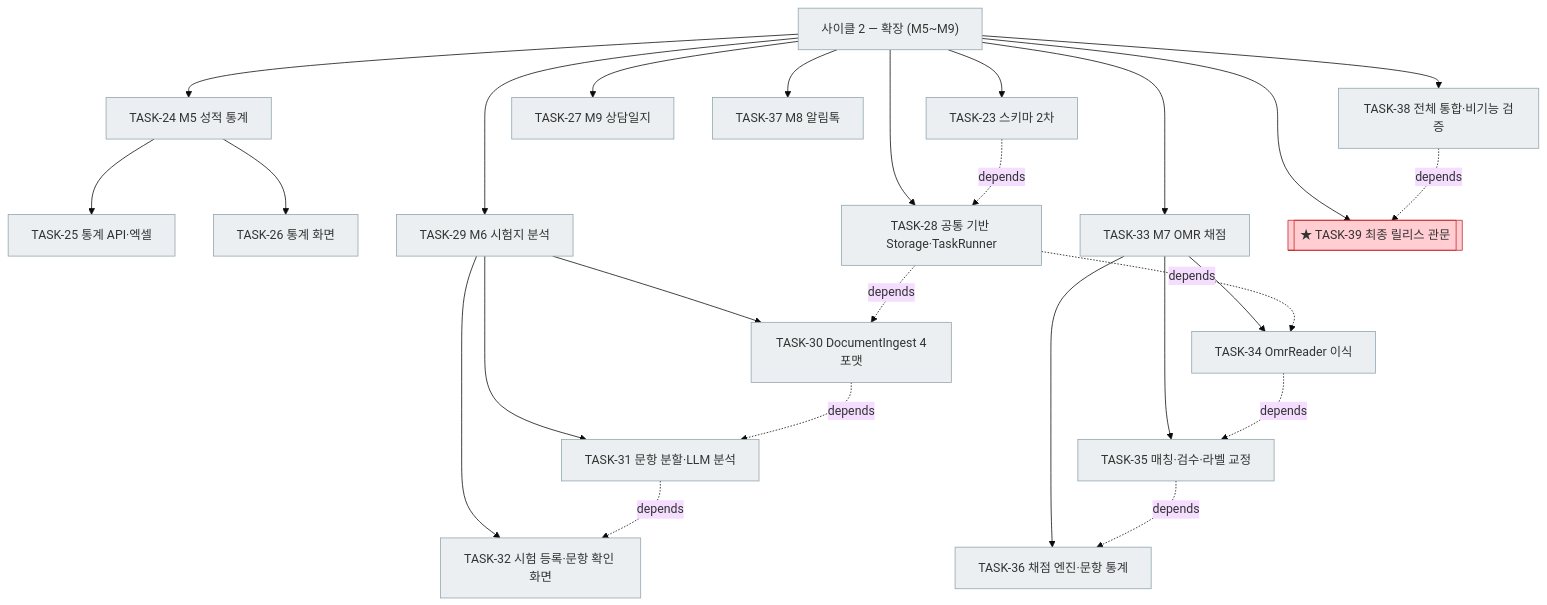
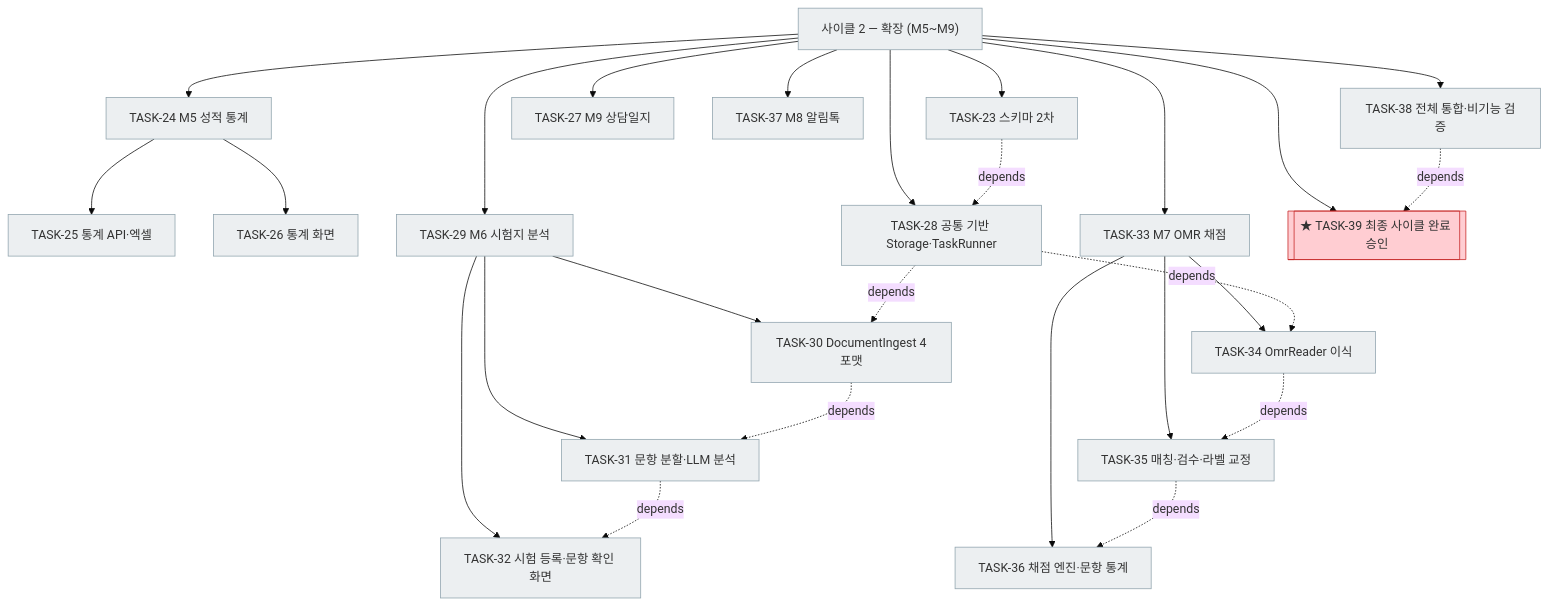
The second of 2 diagrams in docs/plan.md (bluesky5008/mathdesk), drawn with Mermaid (base theme) before and after one commit. The commit also changed other lines of this file and 18 other files, not shown here.

````diff
--- a/docs/plan.md
+++ b/docs/plan.md
@@ -140,33 +142,33 @@
 ```mermaid
 flowchart TD
     C2["사이클 2 — 확장 (M5~M9)"]:::todo
     C2 --> T23["TASK-23 스키마 2차"]:::todo
     C2 --> T24["TASK-24 M5 성적 통계"]:::todo
     T24 --> T25["TASK-25 통계 API·엑셀"]:::todo
     T24 --> T26["TASK-26 통계 화면"]:::todo
     C2 --> T27["TASK-27 M9 상담일지"]:::todo
     C2 --> T28["TASK-28 공통 기반 Storage·TaskRunner"]:::todo
     C2 --> T29["TASK-29 M6 시험지 분석"]:::todo
     T29 --> T30["TASK-30 DocumentIngest 4포맷"]:::todo
     T29 --> T31["TASK-31 문항 분할·LLM 분석"]:::todo
     T29 --> T32["TASK-32 시험 등록·문항 확인 화면"]:::todo
     C2 --> T33["TASK-33 M7 OMR 채점"]:::todo
     T33 --> T34["TASK-34 OmrReader 이식"]:::todo
     T33 --> T35["TASK-35 매칭·검수·라벨 교정"]:::todo
     T33 --> T36["TASK-36 채점 엔진·문항 통계"]:::todo
     C2 --> T37["TASK-37 M8 알림톡"]:::todo
     C2 --> T38["TASK-38 전체 통합·비기능 검증"]:::todo
-    C2 --> T39[["★ TASK-39 최종 릴리스 관문"]]:::gate
+    C2 --> T39[["★ TASK-39 최종 사이클 완료 승인"]]:::gate
     T23 -. depends .-> T28
     T28 -. depends .-> T30
     T30 -. depends .-> T31
     T31 -. depends .-> T32
     T28 -. depends .-> T34
     T34 -. depends .-> T35
     T35 -. depends .-> T36
     T38 -. depends .-> T39
     classDef done fill:#c8e6c9,stroke:#2e7d32
     classDef active fill:#fff9c4,stroke:#f9a825
     classDef todo fill:#eceff1,stroke:#90a4ae
     classDef gate fill:#ffcdd2,stroke:#c62828
 ```
````
